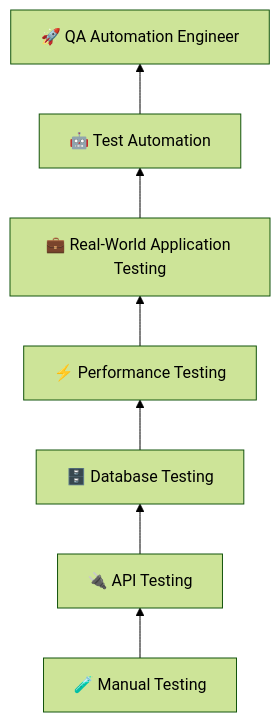
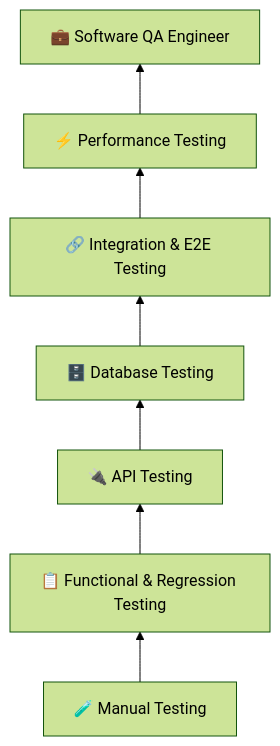
One commit to Nilufarhossain/Nilufarhossain changed the diagram in README.md. Above: the diagram before and after it, drawn with Mermaid (forest theme). The commit also changed other lines of this file, not shown here.

````diff
--- a/README.md
+++ b/README.md
@@ -42,17 +42,17 @@
 ```mermaid
 flowchart BT
     A["🧪 Manual Testing"]
-    B["🔌 API Testing"]
-    C["🗄️ Database Testing"]
-    D["⚡ Performance Testing"]
-    E["💼 Real-World Application Testing"]
-    F["🤖 Test Automation"]
-    G["🚀 QA Automation Engineer"]
+    B["📋 Functional & Regression Testing"]
+    C["🔌 API Testing"]
+    D["🗄️ Database Testing"]
+    E["🔗 Integration & E2E Testing"]
+    F["⚡ Performance Testing"]
+    G["💼 Software QA Engineer"]
 
     A --> B
     B --> C
     C --> D
     D --> E
     E --> F
     F --> G
 ```
````
